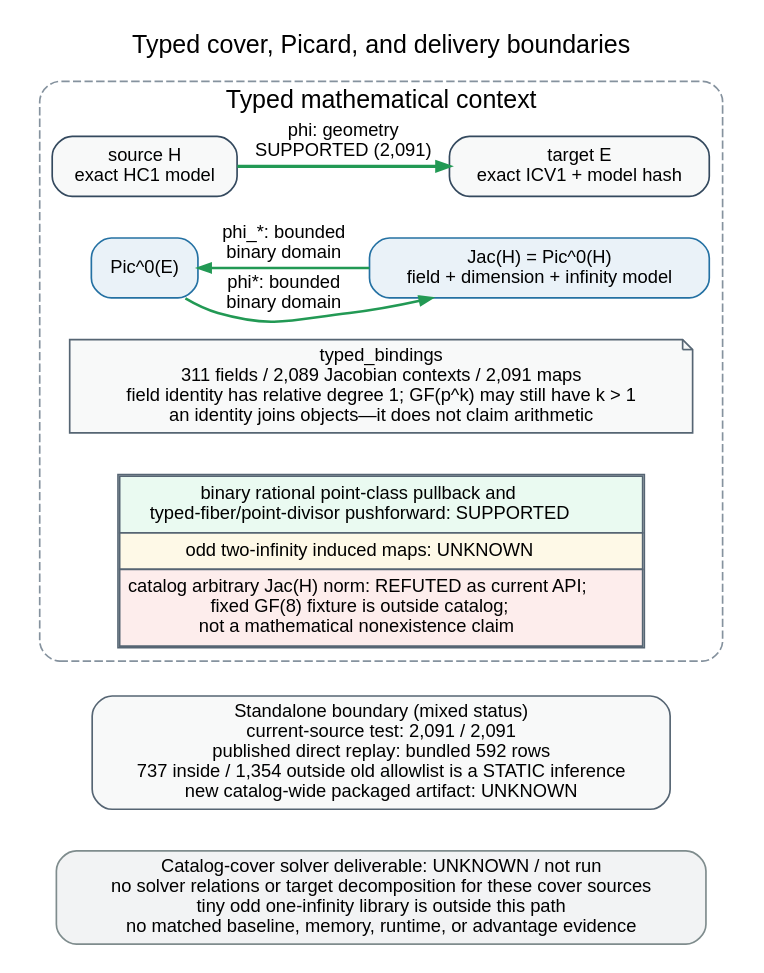
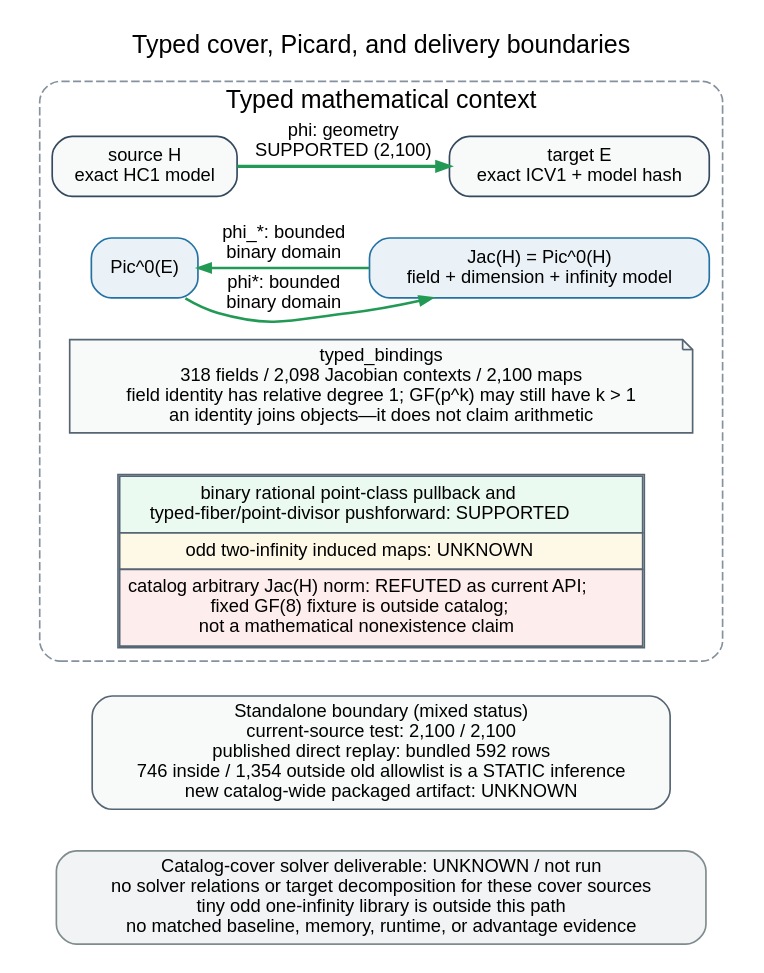
The diagram in research/cover_transfer_assessment_20261013/typed_transfer_context.dot (aburan28/crypto), drawn with Graphviz before and after one commit. The commit also changed 28 other files, not shown here.

```diff
--- a/research/cover_transfer_assessment_20261013/typed_transfer_context.dot
+++ b/research/cover_transfer_assessment_20261013/typed_transfer_context.dot
@@ -1,69 +1,69 @@
 digraph typed_transfer_context {
   graph [
     rankdir=TB,
     bgcolor="white",
     pad="0.12",
     nodesep="0.25",
     ranksep="0.34",
     fontname="Helvetica",
     fontsize=15,
     newrank=true,
     labelloc="t",
     label="Typed cover, Picard, and delivery boundaries"
   ];
   node [shape=box, style="rounded,filled", fillcolor="white", color="#34495e", fontname="Helvetica", fontsize=11];
   edge [fontname="Helvetica", fontsize=11, color="#34495e", arrowsize=0.72];
 
   subgraph cluster_context {
     label="Typed mathematical context";
     color="#85929e";
     style="rounded,dashed";
 
     source_h [label="source H\nexact HC1 model", fillcolor="#f8f9f9"];
     target_e [label="target E\nexact ICV1 + model hash", fillcolor="#f8f9f9"];
     pic_e [label="Pic^0(E)", fillcolor="#eaf2f8", color="#2471a3"];
     jac_h [label="Jac(H) = Pic^0(H)\nfield + dimension + infinity model", fillcolor="#eaf2f8", color="#2471a3"];
 
     binding_note [
-      label="typed_bindings\n311 fields / 2,089 Jacobian contexts / 2,091 maps\nfield identity has relative degree 1; GF(p^k) may still have k > 1\nan identity joins objects—it does not claim arithmetic",
+      label="typed_bindings\n318 fields / 2,098 Jacobian contexts / 2,100 maps\nfield identity has relative degree 1; GF(p^k) may still have k > 1\nan identity joins objects—it does not claim arithmetic",
       shape=note,
       fillcolor="#f8f9f9",
       color="#566573"
     ];
     transfer_limits [
       shape=plain,
       label=<
         <TABLE BORDER="1" CELLBORDER="1" CELLSPACING="0" CELLPADDING="4" COLOR="#566573">
           <TR><TD BGCOLOR="#eafaf1">binary rational point-class pullback and<BR/>typed-fiber/point-divisor pushforward: SUPPORTED</TD></TR>
           <TR><TD BGCOLOR="#fef9e7">odd two-infinity induced maps: UNKNOWN</TD></TR>
           <TR><TD BGCOLOR="#fdedec">catalog arbitrary Jac(H) norm: REFUTED as current API;<BR/>fixed GF(8) fixture is outside catalog;<BR/>not a mathematical nonexistence claim</TD></TR>
         </TABLE>
       >
     ];
 
     { rank=same; source_h; target_e; }
     { rank=same; pic_e; jac_h; }
-    source_h -> target_e [label="phi: geometry\nSUPPORTED (2,091)", color="#229954", penwidth=2];
+    source_h -> target_e [label="phi: geometry\nSUPPORTED (2,100)", color="#229954", penwidth=2];
     pic_e -> jac_h [label="phi*: bounded\nbinary domain", color="#229954", penwidth=1.5];
     jac_h -> pic_e [label="phi_*: bounded\nbinary domain", color="#229954", penwidth=1.5, constraint=false];
     source_h -> pic_e [style="invis", weight=50];
     target_e -> jac_h [style="invis", weight=50];
     pic_e -> binding_note [style="invis", weight=40];
     jac_h -> binding_note [style="invis", weight=40];
     binding_note -> transfer_limits [style="invis", weight=40];
   }
 
   package [
-    label="Standalone boundary (mixed status)\ncurrent-source test: 2,091 / 2,091\npublished direct replay: bundled 592 rows\n737 inside / 1,354 outside old allowlist is a STATIC inference\nnew catalog-wide packaged artifact: UNKNOWN",
+    label="Standalone boundary (mixed status)\ncurrent-source test: 2,100 / 2,100\npublished direct replay: bundled 592 rows\n746 inside / 1,354 outside old allowlist is a STATIC inference\nnew catalog-wide packaged artifact: UNKNOWN",
     fillcolor="#f8f9f9",
     color="#566573"
   ];
   solver [
     label="Catalog-cover solver deliverable: UNKNOWN / not run\nno solver relations or target decomposition for these cover sources\ntiny odd one-infinity library is outside this path\nno matched baseline, memory, runtime, or advantage evidence",
     fillcolor="#f2f3f4",
     color="#7f8c8d"
   ];
 
   transfer_limits -> package [style="invis", weight=80];
   package -> solver [style="invis", weight=80];
 }
```
